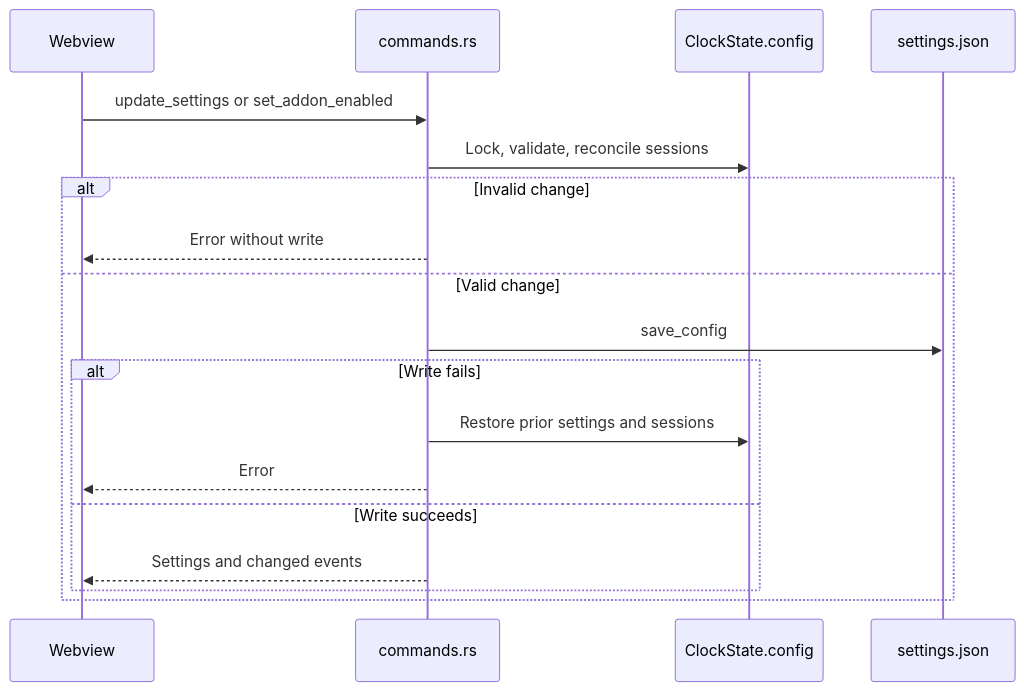
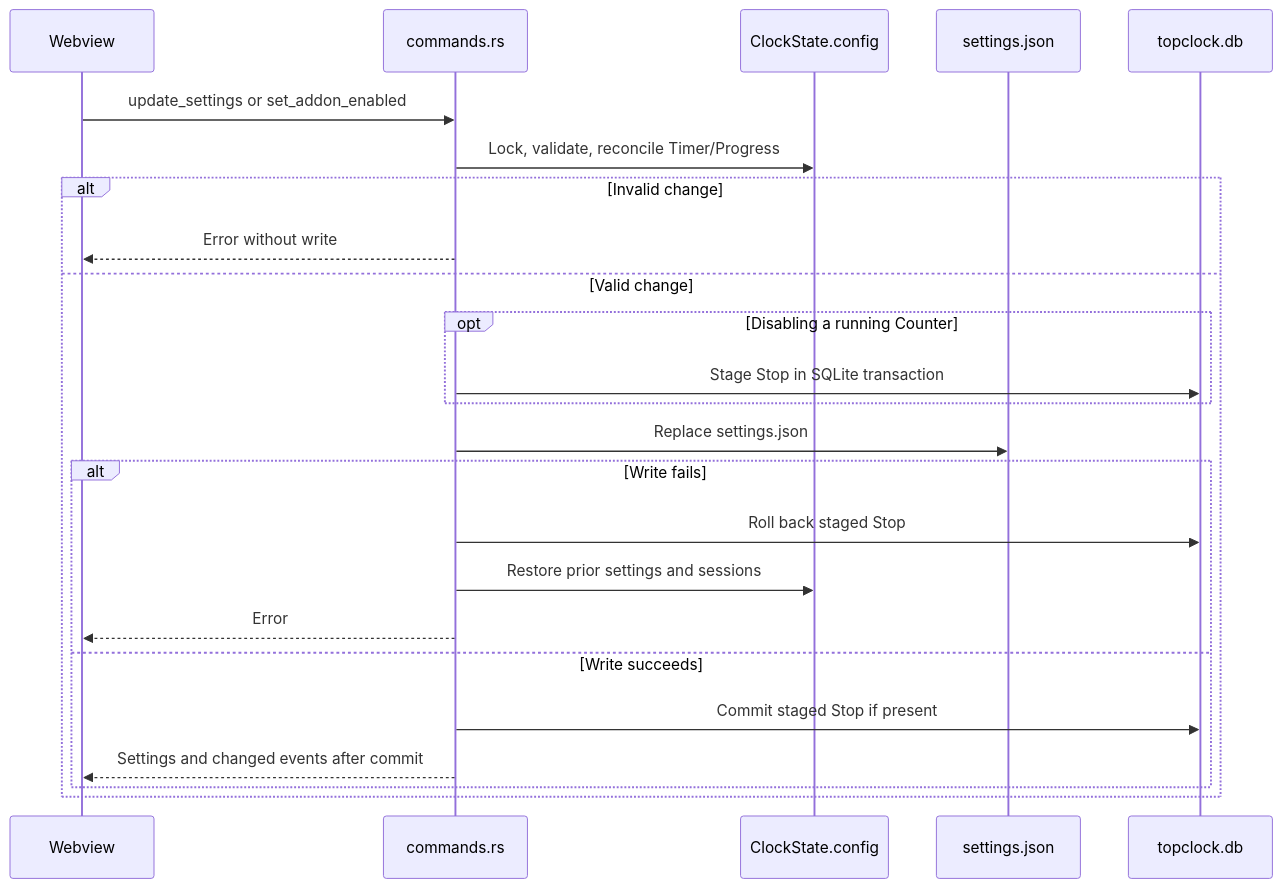
One commit to tbkmax/TopClock changed the second of 2 diagrams in src-tauri/src/config/doc/workflow_diagram.md. Above: the diagram before and after it, drawn with Mermaid. The commit also changed other lines of this file and 55 other files, not shown here.

````diff
--- a/src-tauri/src/config/doc/workflow_diagram.md
+++ b/src-tauri/src/config/doc/workflow_diagram.md
@@ -33,20 +34,26 @@
 ```mermaid
 sequenceDiagram
     participant UI as Webview
     participant Command as commands.rs
     participant State as ClockState.config
     participant Disk as settings.json
+    participant Counter as topclock.db
     UI->>Command: update_settings or set_addon_enabled
-    Command->>State: Lock, validate, reconcile sessions
+    Command->>State: Lock, validate, reconcile Timer/Progress
     alt Invalid change
         Command-->>UI: Error without write
     else Valid change
-        Command->>Disk: save_config
+        opt Disabling a running Counter
+            Command->>Counter: Stage Stop in SQLite transaction
+        end
+        Command->>Disk: Replace settings.json
         alt Write fails
+            Command->>Counter: Roll back staged Stop
             Command->>State: Restore prior settings and sessions
             Command-->>UI: Error
         else Write succeeds
-            Command-->>UI: Settings and changed events
+            Command->>Counter: Commit staged Stop if present
+            Command-->>UI: Settings and changed events after commit
         end
     end
 ```
````
